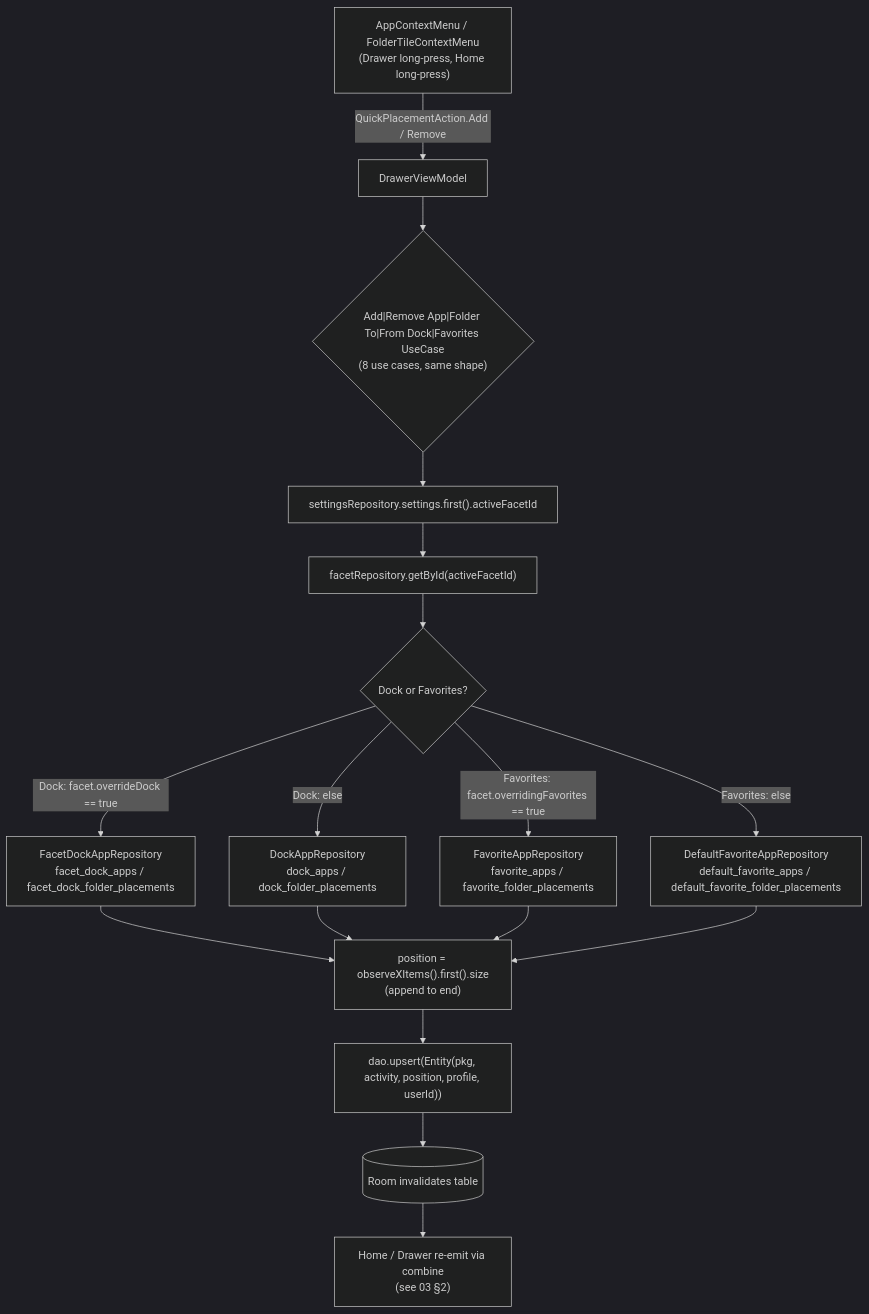
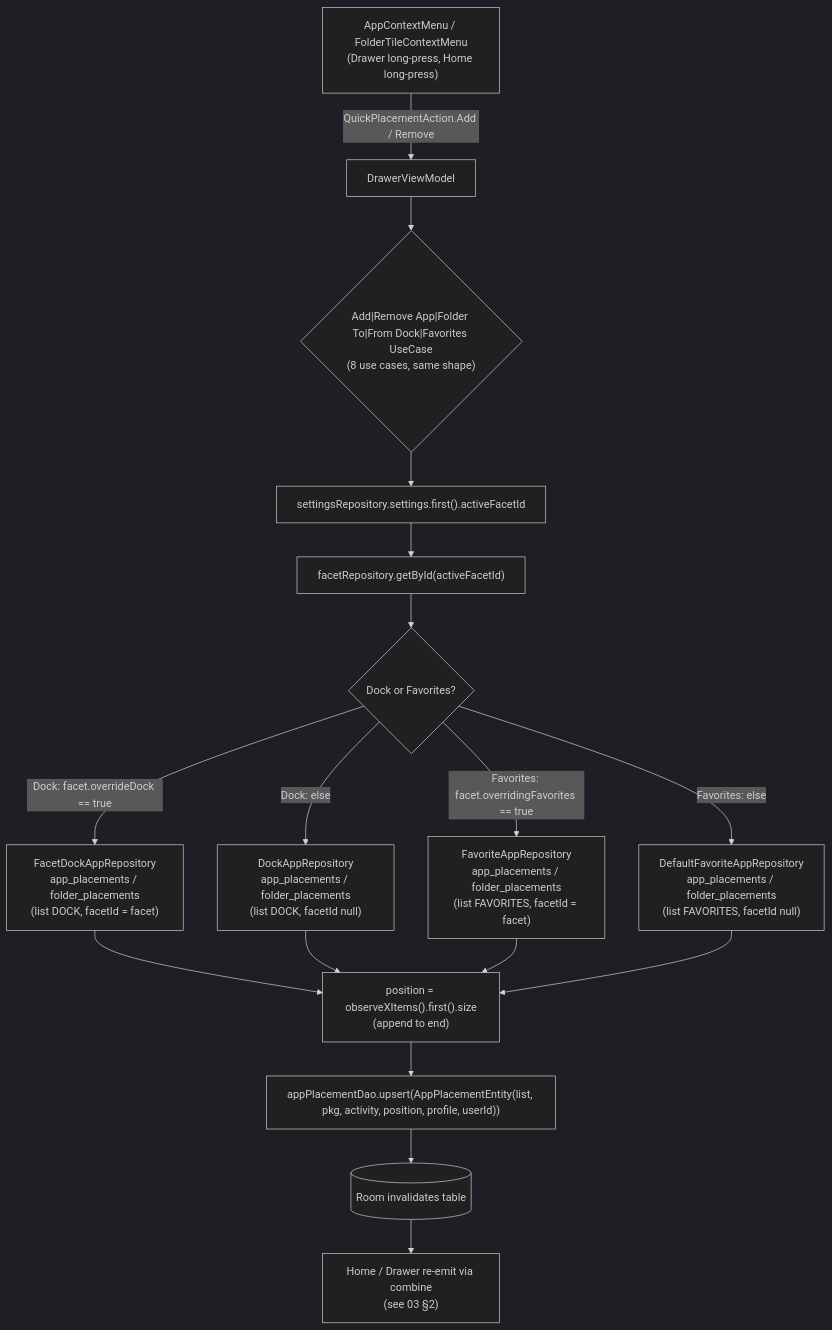
Before and after one commit to rohitganjam/facet-launcher: the first of 3 diagrams in docs/architecture/08-flow-placements.md, drawn with Mermaid (dark theme). The commit also changed other lines of this file and 78 other files, not shown here.

First line of the commit message:
Fold the eight Dock/Favorites tables into app_placements and folder_placements (schema v28)

````diff
--- a/docs/architecture/08-flow-placements.md
+++ b/docs/architecture/08-flow-placements.md
@@ -13,16 +14,16 @@
 ```mermaid
 flowchart TB
     UI["AppContextMenu / FolderTileContextMenu\n(Drawer long-press, Home long-press)"] -- "QuickPlacementAction.Add / Remove" --> DVM[DrawerViewModel]
     DVM --> UC{"Add|Remove App|Folder To|From Dock|Favorites UseCase\n(8 use cases, same shape)"}
     UC --> S["settingsRepository.settings.first().activeFacetId"]
     S --> F["facetRepository.getById(activeFacetId)"]
     F --> D{Dock or Favorites?}
-    D -- "Dock: facet.overrideDock == true" --> FDR["FacetDockAppRepository\nfacet_dock_apps / facet_dock_folder_placements"]
-    D -- "Dock: else" --> DR["DockAppRepository\ndock_apps / dock_folder_placements"]
-    D -- "Favorites: facet.overridingFavorites == true" --> FR["FavoriteAppRepository\nfavorite_apps / favorite_folder_placements"]
-    D -- "Favorites: else" --> DFR["DefaultFavoriteAppRepository\ndefault_favorite_apps / default_favorite_folder_placements"]
+    D -- "Dock: facet.overrideDock == true" --> FDR["FacetDockAppRepository\napp_placements / folder_placements\n(list DOCK, facetId = facet)"]
+    D -- "Dock: else" --> DR["DockAppRepository\napp_placements / folder_placements\n(list DOCK, facetId null)"]
+    D -- "Favorites: facet.overridingFavorites == true" --> FR["FavoriteAppRepository\napp_placements / folder_placements\n(list FAVORITES, facetId = facet)"]
+    D -- "Favorites: else" --> DFR["DefaultFavoriteAppRepository\napp_placements / folder_placements\n(list FAVORITES, facetId null)"]
     FDR & DR & FR & DFR --> POS["position = observeXItems().first().size\n(append to end)"]
-    POS --> DAO["dao.upsert(Entity(pkg, activity, position, profile, userId))"]
+    POS --> DAO["appPlacementDao.upsert(AppPlacementEntity(list, pkg, activity, position, profile, userId))"]
     DAO --> ROOM[(Room invalidates table)]
     ROOM --> HOME["Home / Drawer re-emit via combine\n(see 03 §2)"]
 ```
````
